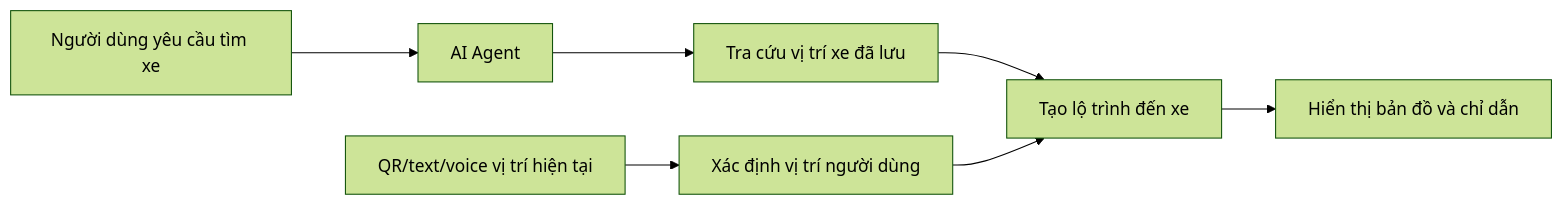
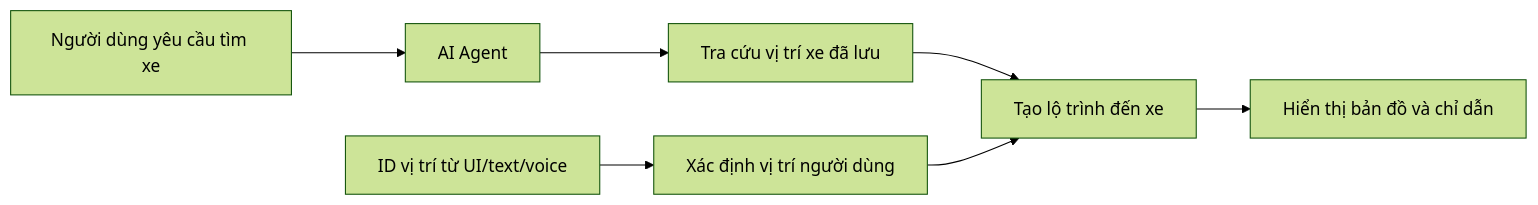
Before and after one commit to Ngducanh05/T-152: the fourth of 6 diagrams in docs/parksmart-ai-workflows.md, drawn with Mermaid (forest theme). The commit also changed other lines of this file and 16 other files, not shown here.

````diff
--- a/docs/parksmart-ai-workflows.md
+++ b/docs/parksmart-ai-workflows.md
@@ -83,9 +80,9 @@
 ```mermaid
 flowchart LR
     A[Người dùng yêu cầu tìm xe] --> B[AI Agent]
     B --> C[Tra cứu vị trí xe đã lưu]
-    D[QR/text/voice vị trí hiện tại] --> E[Xác định vị trí người dùng]
+    D[ID vị trí từ UI/text/voice] --> E[Xác định vị trí người dùng]
     C --> F[Tạo lộ trình đến xe]
     E --> F
     F --> G[Hiển thị bản đồ và chỉ dẫn]
 ```
````
